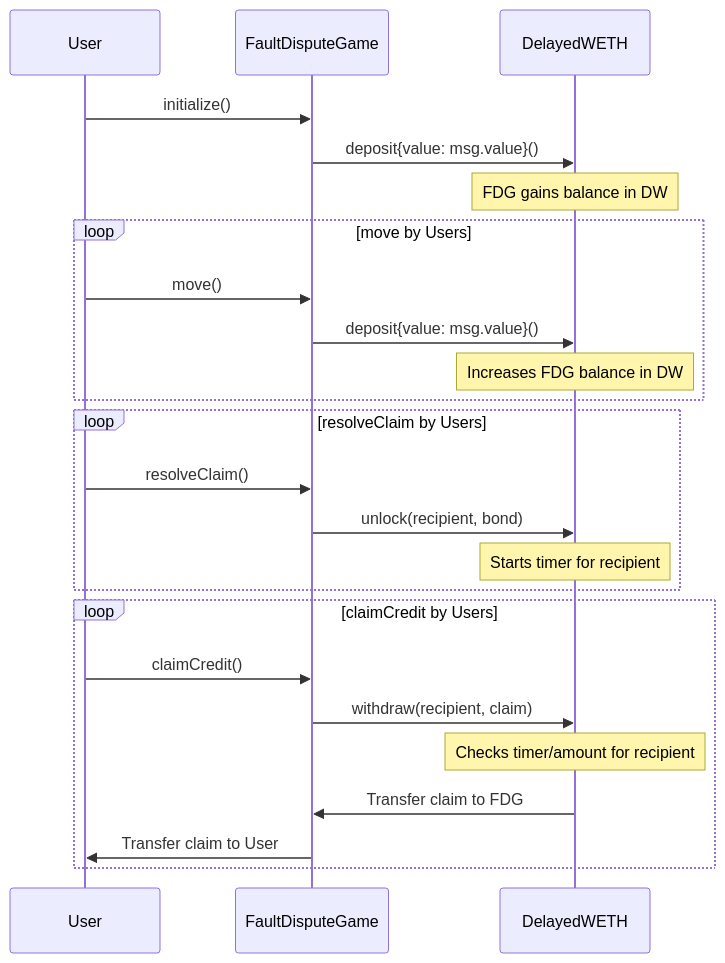
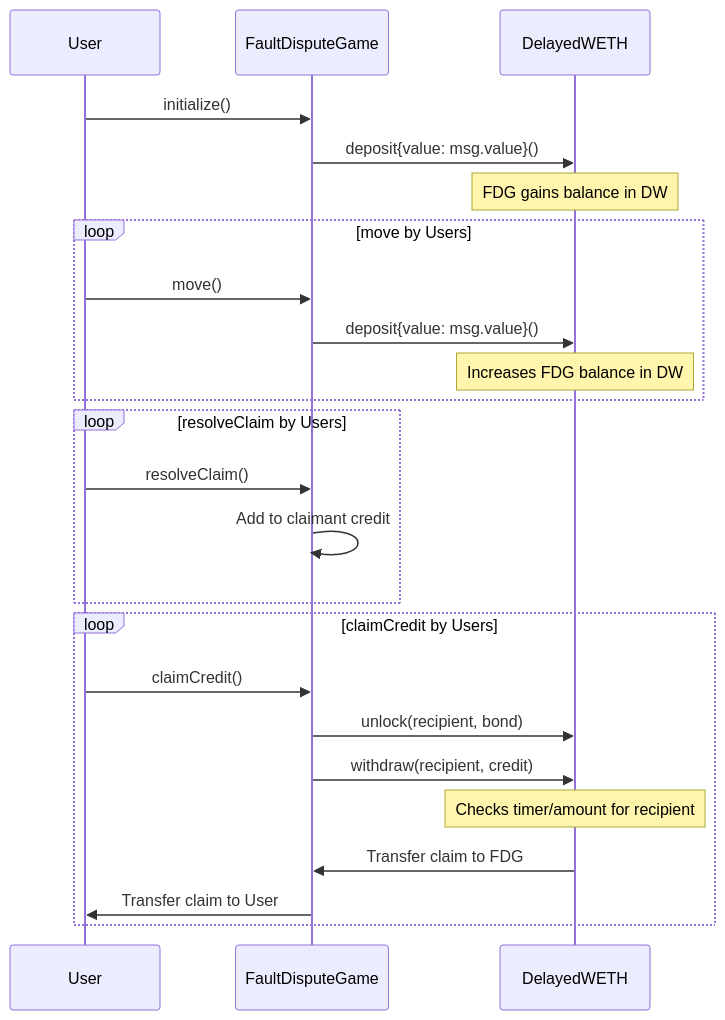
Before and after one commit to ethereum-optimism/specs: the diagram in specs/fault-proof/stage-one/bond-incentives.md, drawn with Mermaid. The commit also changed other lines of this file and 1 other file, not shown here.

Commit message:
expand FDG, bond incentives

````diff
--- a/specs/fault-proof/stage-one/bond-incentives.md
+++ b/specs/fault-proof/stage-one/bond-incentives.md
@@ -180,30 +218,30 @@
 ```mermaid
 sequenceDiagram
     participant U as User
     participant FDG as FaultDisputeGame
     participant DW as DelayedWETH
 
     U->>FDG: initialize()
     FDG->>DW: deposit{value: msg.value}()
     Note over DW: FDG gains balance in DW
 
     loop move by Users
         U->>FDG: move()
         FDG->>DW: deposit{value: msg.value}()
         Note over DW: Increases FDG balance in DW
     end
 
     loop resolveClaim by Users
         U->>FDG: resolveClaim()
-        FDG->>DW: unlock(recipient, bond)
-        Note over DW: Starts timer for recipient
+        FDG->>FDG: Add to claimant credit
     end
 
     loop claimCredit by Users
         U->>FDG: claimCredit()
-        FDG->>DW: withdraw(recipient, claim)
+        FDG->>DW: unlock(recipient, bond)
+        FDG->>DW: withdraw(recipient, credit)
         Note over DW: Checks timer/amount for recipient
         DW->>FDG: Transfer claim to FDG
         FDG->>U: Transfer claim to User
     end
 ```
````
